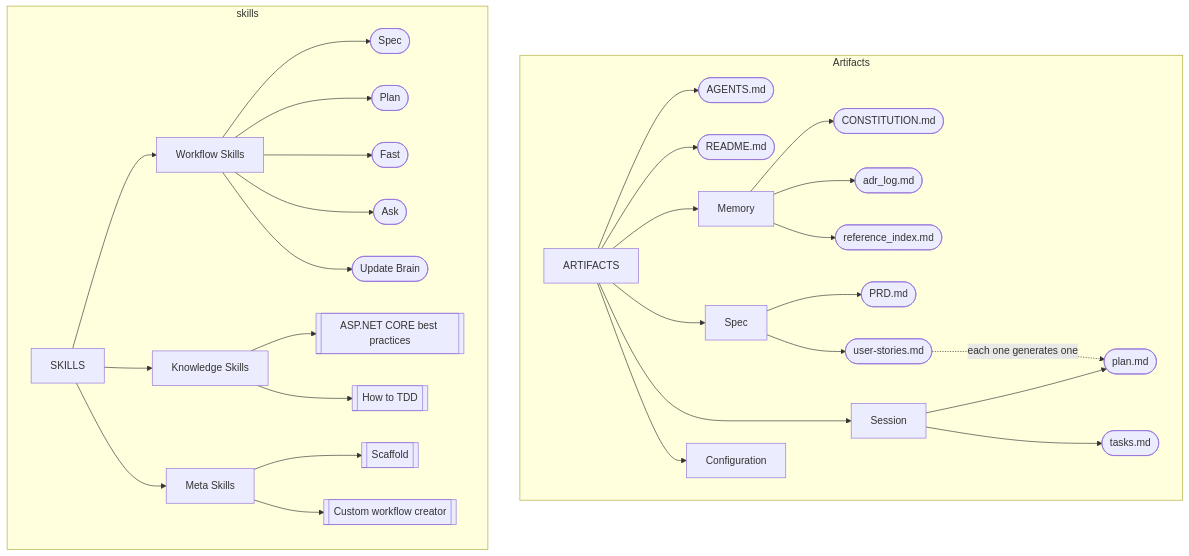
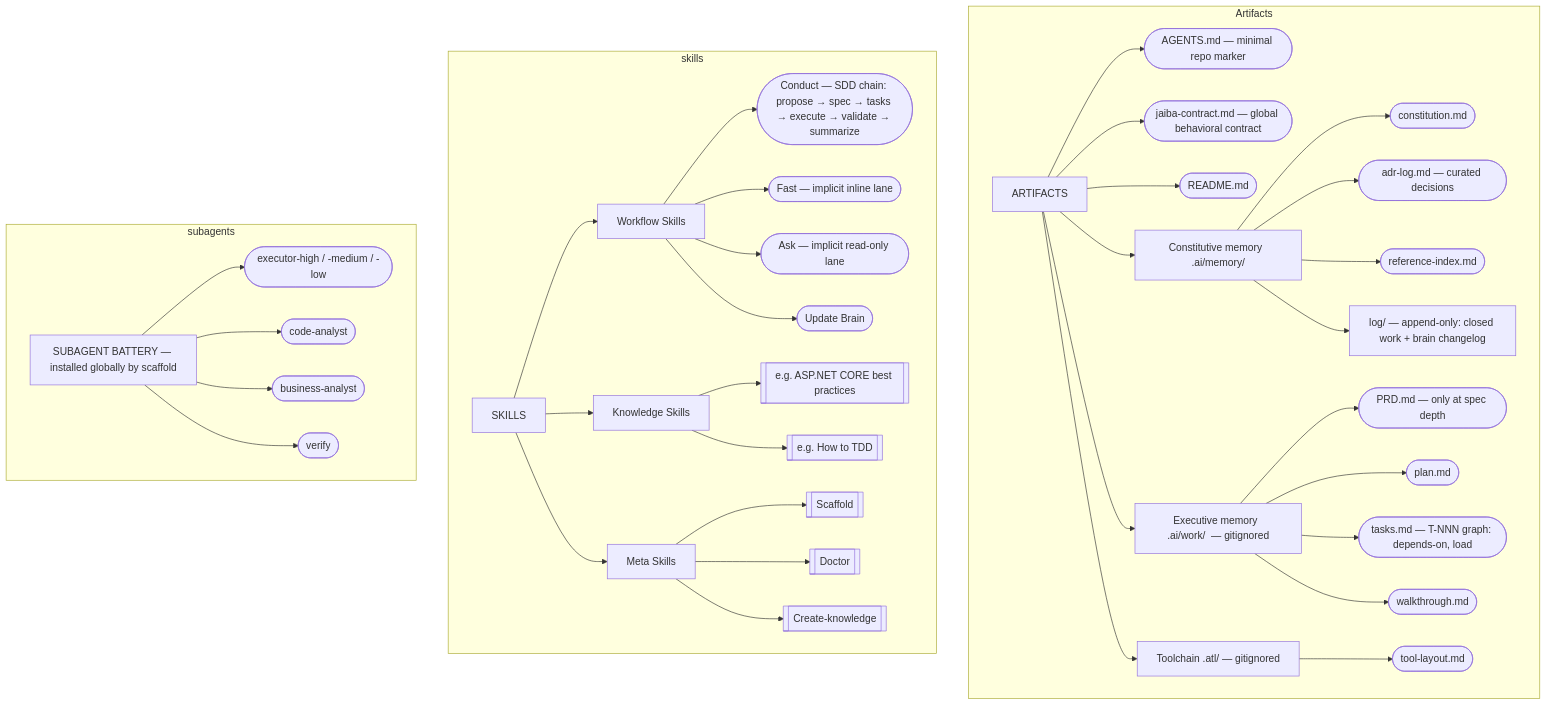
Before and after one commit to atlasfoo/jaiba-framework: the diagram in AGENTS.md, drawn with Mermaid. The commit also changed other lines of this file and 76 other files, not shown here.

Commit message:
feat(conduct): added conduct skill, centralized orchestrator behavior from a single workflow

````diff
--- a/AGENTS.md
+++ b/AGENTS.md
@@ -33,45 +33,52 @@
 ```mermaid
 graph TD
     subgraph Artifacts
         AA[ARTIFACTS]
 
-        AA --> AX([AGENTS.md])
+        AA --> AX([AGENTS.md — minimal repo marker])
+        AA --> AZ([jaiba-contract.md — global behavioral contract])
         AA --> AY([README.md])
-        AA --> AB[Memory]
-        AA --> AC[Spec]
-        AA --> AD[Session]
-        AA --> AE[Configuration]
+        AA --> AB[Constitutive memory  .ai/memory/]
+        AA --> AD[Executive memory  .ai/work/  — gitignored]
+        AA --> AE[Toolchain  .atl/ — gitignored]
 
-        AB --> AF([CONSTITUTION.md])
-        AB --> AG([adr_log.md])
-        AB --> AH([reference_index.md])
+        AB --> AF([constitution.md])
+        AB --> AG([adr-log.md — curated decisions])
+        AB --> AH([reference-index.md])
+        AB --> AM[log/ — append-only: closed work + brain changelog]
 
-        AC --> AI([PRD.md])
-        AC --> AJ([user-stories.md])
+        AD --> AI([PRD.md — only at spec depth])
+        AD --> AK([plan.md])
+        AD --> AL([tasks.md — T-NNN graph: depends-on, load])
+        AD --> AN([walkthrough.md])
 
-        AJ -."each one generates one".-> AK
-
-        AD --> AK([plan.md])
-        AD --> AL([tasks.md])
+        AE --> AO([tool-layout.md])
     end
-
 
     subgraph skills
         A[SKILLS]
         A --> B[Workflow Skills]
         A --> C[Knowledge Skills]
         A --> D[Meta Skills]
 
-        B --> E([Spec])
-        B --> F([Plan])
-        B --> G([Fast])
-        B --> H([Ask])
+        B --> E([Conduct — SDD chain: propose → spec → tasks → execute → validate → summarize])
+        B --> G([Fast — implicit inline lane])
+        B --> H([Ask — implicit read-only lane])
         B --> I([Update Brain])
 
-        C --> J[[ASP.NET CORE best practices]]
-        C --> L[[How to TDD]]
+        C --> J[[e.g. ASP.NET CORE best practices]]
+        C --> L[[e.g. How to TDD]]
 
         D --> K[[Scaffold]]
-        D --> M[[Custom workflow creator]]
+        D --> N[[Doctor]]
+        D --> M[[Create-knowledge]]
+    end
+
+    subgraph subagents
+        S[SUBAGENT BATTERY — installed globally by scaffold]
+        S --> S1([executor-high / -medium / -low])
+        S --> S2([code-analyst])
+        S --> S3([business-analyst])
+        S --> S4([verify])
     end
 ```
````
